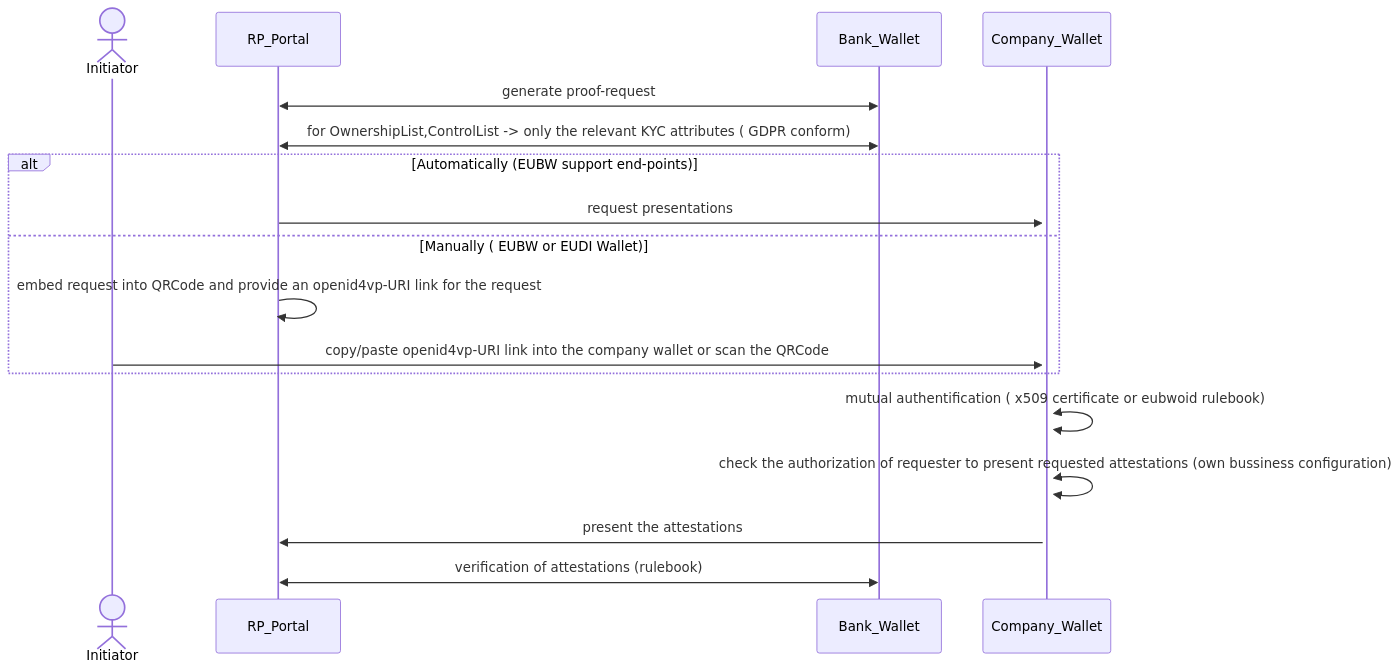
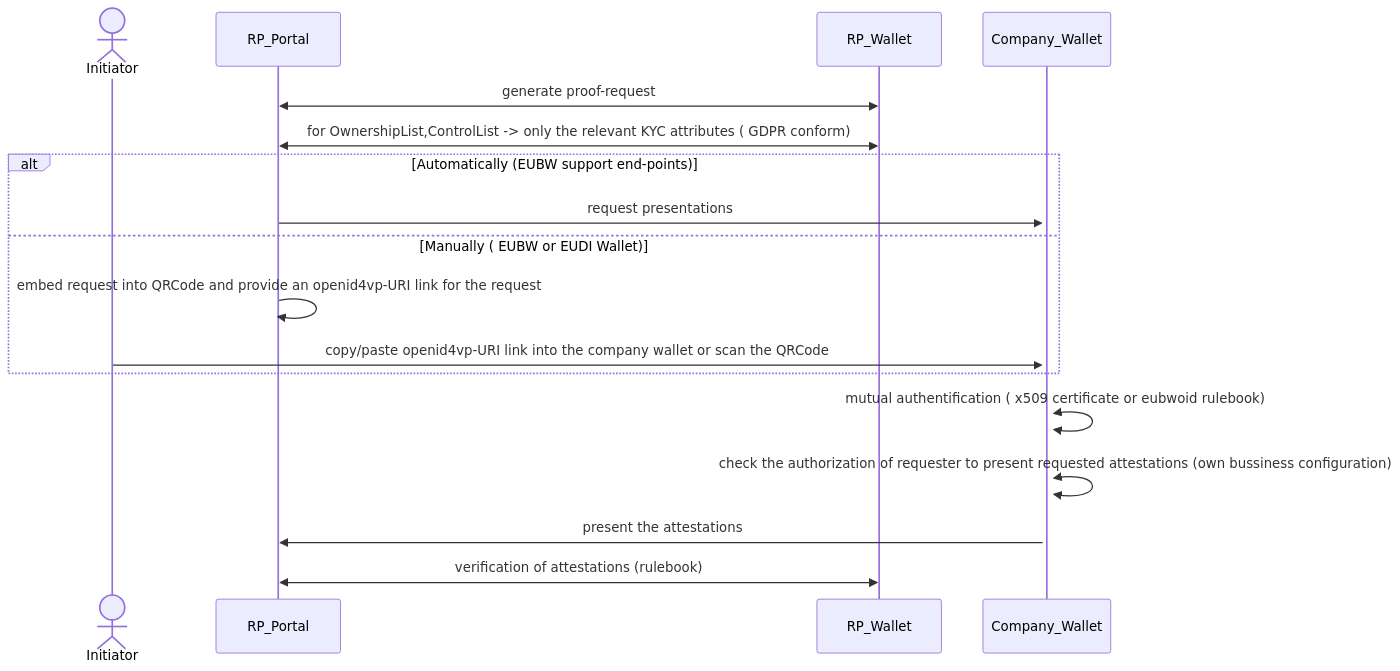
Before and after one commit to DominicHurni/wp3-technology-standards: the fifth of 7 diagrams in BU1/BU1_KYC.md, drawn with Mermaid. The commit also changed other lines of this file and 1 other file, not shown here.

````diff
--- a/BU1/BU1_KYC.md
+++ b/BU1/BU1_KYC.md
@@ -114,16 +114,16 @@
 ```mermaid
 sequenceDiagram
     actor Initiator
-    RP_Portal<<->>Bank_Wallet: generate proof-request
-    RP_Portal<<->>Bank_Wallet: for OwnershipList,ControlList -> only the relevant KYC attributes ( GDPR conform)  
+    RP_Portal<<->>RP_Wallet: generate proof-request
+    RP_Portal<<->>RP_Wallet: for OwnershipList,ControlList -> only the relevant KYC attributes ( GDPR conform)  
     alt Automatically (EUBW support end-points)
         RP_Portal->>+Company_Wallet: request presentations
     else Manually ( EUBW or EUDI Wallet)
         RP_Portal->>RP_Portal: embed request into QRCode and provide an openid4vp-URI link for the request
         Initiator->>+Company_Wallet: copy/paste openid4vp-URI link into the company wallet or scan the QRCode
     end                 
     Company_Wallet<<->>Company_Wallet: mutual authentification ( x509 certificate or eubwoid rulebook)
     Company_Wallet<<->>Company_Wallet: check the authorization of requester to present requested attestations (own bussiness configuration)
     Company_Wallet->>RP_Portal: present the attestations
-    RP_Portal<<->>Bank_Wallet: verification of attestations (rulebook)
+    RP_Portal<<->>RP_Wallet: verification of attestations (rulebook)
 ```
````
